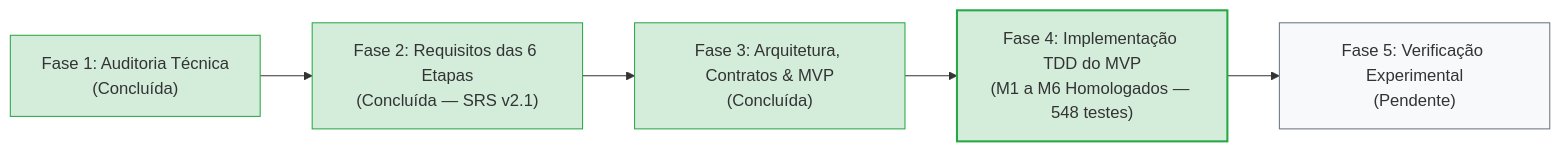
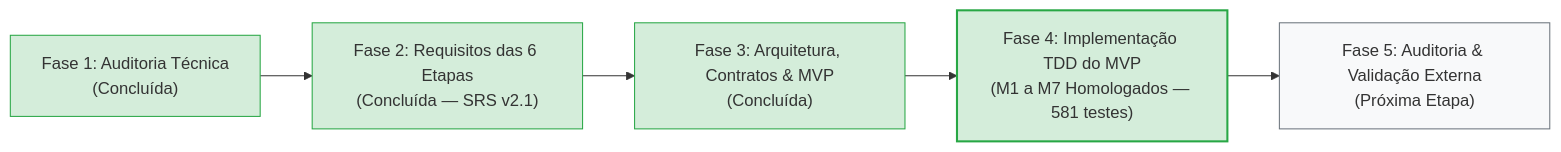
One commit to aleerangel/experimental-ml-framework changed the diagram in engenharia_software/ETAPA_ATUAL_ENGENHARIA.md. Above: the diagram before and after it, drawn with Mermaid. The commit also changed other lines of this file and 1 other file, not shown here.

Commit message:
docs: update README and ETAPA_ATUAL_ENGENHARIA after Marco M7 completion (581 tests)

````diff
--- a/engenharia_software/ETAPA_ATUAL_ENGENHARIA.md
+++ b/engenharia_software/ETAPA_ATUAL_ENGENHARIA.md
@@ -22,13 +22,13 @@
 ```mermaid
 flowchart LR
     Fase1["Fase 1: Auditoria Técnica<br/>(Concluída)"] --> Fase2["Fase 2: Requisitos das 6 Etapas<br/>(Concluída — SRS v2.1)"]
     Fase2 --> Fase3["Fase 3: Arquitetura, Contratos & MVP<br/>(Concluída)"]
-    Fase3 --> Fase4["Fase 4: Implementação TDD do MVP<br/>(M1 a M6 Homologados — 548 testes)"]
-    Fase4 --> Fase5["Fase 5: Verificação Experimental<br/>(Pendente)"]
+    Fase3 --> Fase4["Fase 4: Implementação TDD do MVP<br/>(M1 a M7 Homologados — 581 testes)"]
+    Fase4 --> Fase5["Fase 5: Auditoria & Validação Externa<br/>(Próxima Etapa)"]
     
     style Fase1 fill:#d4edda,stroke:#28a745
     style Fase2 fill:#d4edda,stroke:#28a745
     style Fase3 fill:#d4edda,stroke:#28a745
     style Fase4 fill:#d4edda,stroke:#28a745,stroke-width:2px
     style Fase5 fill:#f8f9fa,stroke:#6c757d
 ```
````
